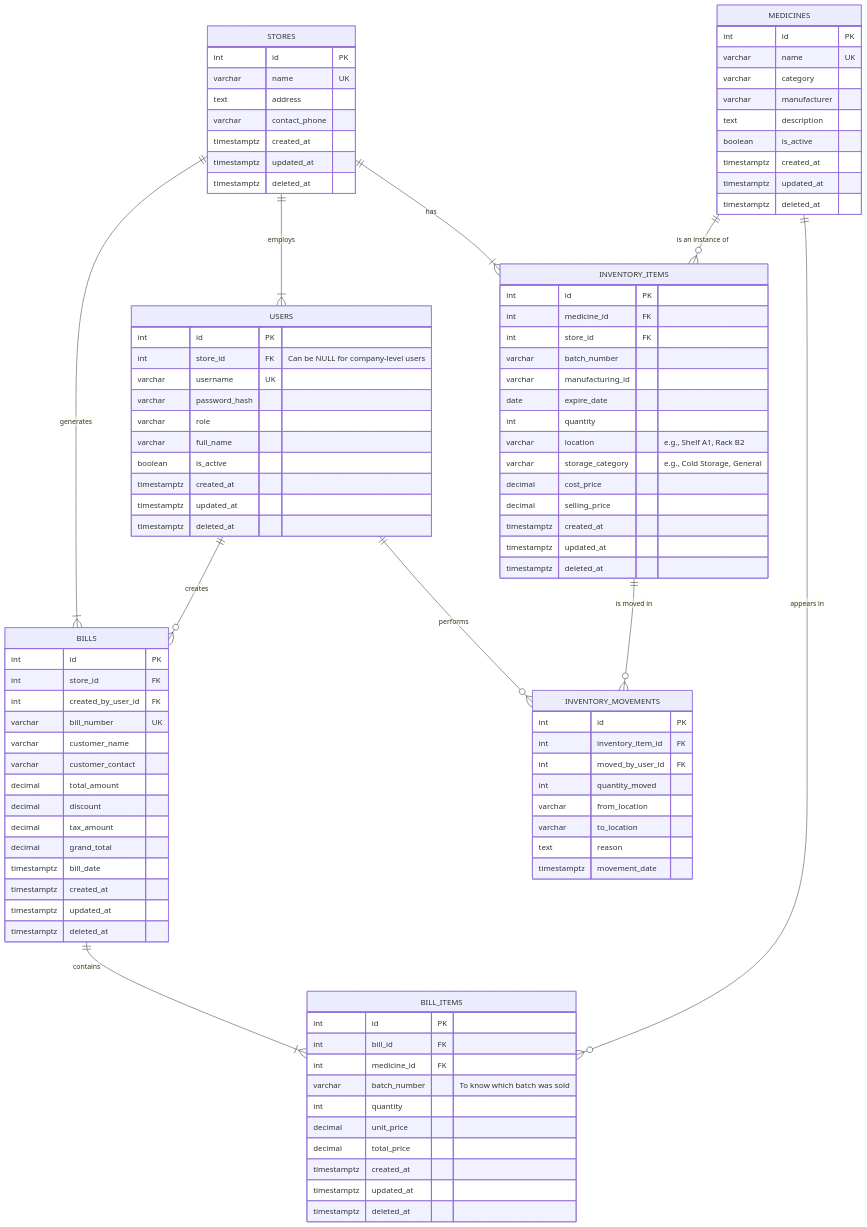
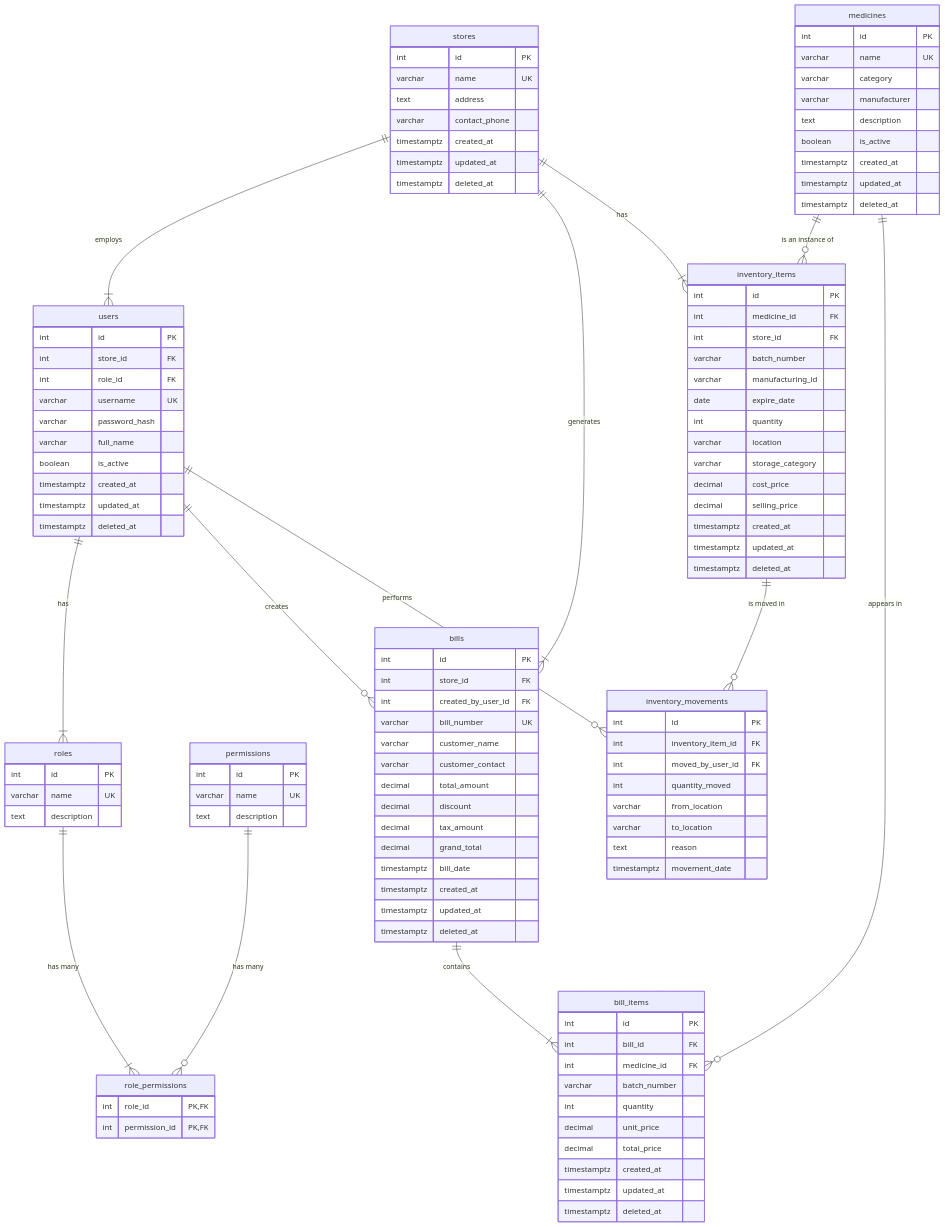
One commit to rohitagarwal-gkmit/retailpulse-docs changed the diagram in docs/technical/schema_design.md. Above: the diagram before and after it, drawn with Mermaid. The commit also changed other lines of this file and 6 other files, not shown here.

Commit message:
[refactor]: Update user roles and permissions in documentation to reflect changes from 'Clerk' to 'Sales' and enhance clarity on responsibilities

````diff
--- a/docs/technical/schema_design.md
+++ b/docs/technical/schema_design.md
@@ -15,16 +15,36 @@
 ```mermaid
 erDiagram
-    STORES ||--|{ USERS : "employs"
-    STORES ||--|{ BILLS : "generates"
-    STORES ||--|{ INVENTORY_ITEMS : "has"
-    USERS ||--o{ BILLS : "creates"
-    USERS ||--o{ INVENTORY_MOVEMENTS : "performs"
-    MEDICINES ||--o{ INVENTORY_ITEMS : "is an instance of"
-    BILLS ||--|{ BILL_ITEMS : "contains"
-    MEDICINES ||--o{ BILL_ITEMS : "appears in"
-    INVENTORY_ITEMS ||--o{ INVENTORY_MOVEMENTS : "is moved in"
+    users {
+        int id PK
+        int store_id FK
+        int role_id FK
+        varchar username UK
+        varchar password_hash
+        varchar full_name
+        boolean is_active
+        timestamptz created_at
+        timestamptz updated_at
+        timestamptz deleted_at
+    }
 
-    STORES {
+    roles {
+        int id PK
+        varchar name UK
+        text description
+    }
+
+    permissions {
+        int id PK
+        varchar name UK
+        text description
+    }
+
+    role_permissions {
+        int role_id PK, FK
+        int permission_id PK, FK
+    }
+
+    stores {
         int id PK
         varchar name UK
         text address
@@ -34,20 +54,7 @@
         timestamptz deleted_at
     }
 
-    USERS {
-        int id PK
-        int store_id FK "Can be NULL for company-level users"
-        varchar username UK
-        varchar password_hash
-        varchar role
-        varchar full_name
-        boolean is_active
-        timestamptz created_at
-        timestamptz updated_at
-        timestamptz deleted_at
-    }
-
-    MEDICINES {
+    medicines {
         int id PK
         varchar name UK
         varchar category
@@ -59,7 +66,7 @@
         timestamptz deleted_at
     }
 
-    INVENTORY_ITEMS {
+    inventory_items {
         int id PK
         int medicine_id FK
         int store_id FK
@@ -67,8 +74,8 @@
         varchar manufacturing_id
         date expire_date
         int quantity
-        varchar location "e.g., Shelf A1, Rack B2"
-        varchar storage_category "e.g., Cold Storage, General"
+        varchar location
+        varchar storage_category
         decimal cost_price
         decimal selling_price
         timestamptz created_at
@@ -76,7 +83,7 @@
         timestamptz deleted_at
     }
 
-    INVENTORY_MOVEMENTS {
+    inventory_movements {
         int id PK
         int inventory_item_id FK
         int moved_by_user_id FK
@@ -87,7 +94,7 @@
         timestamptz movement_date
     }
 
-    BILLS {
+    bills {
         int id PK
         int store_id FK
         int created_by_user_id FK
@@ -104,11 +111,11 @@
         timestamptz deleted_at
     }
 
-    BILL_ITEMS {
+    bill_items {
         int id PK
         int bill_id FK
         int medicine_id FK
-        varchar batch_number "To know which batch was sold"
+        varchar batch_number
         int quantity
         decimal unit_price
         decimal total_price
@@ -116,4 +123,17 @@
         timestamptz updated_at
         timestamptz deleted_at
     }
+
+    users ||--|{ roles : "has"
+    roles ||--|{ role_permissions : "has many"
+    permissions ||--o{ role_permissions : "has many"
+    stores ||--|{ users : "employs"
+    stores ||--|{ bills : "generates"
+    stores ||--|{ inventory_items : "has"
+    users ||--o{ bills : "creates"
+    users ||--o{ inventory_movements : "performs"
+    medicines ||--o{ inventory_items : "is an instance of"
+    bills ||--|{ bill_items : "contains"
+    medicines ||--o{ bill_items : "appears in"
+    inventory_items ||--o{ inventory_movements : "is moved in"
 ```
````
